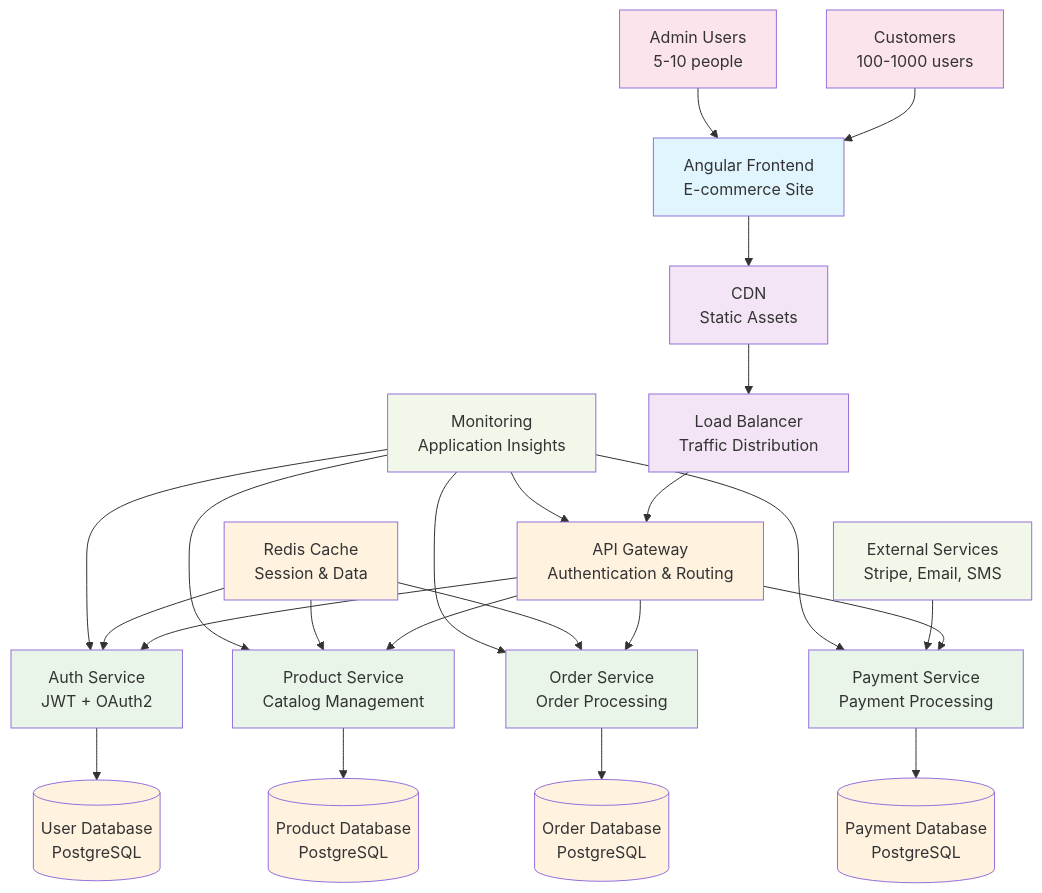
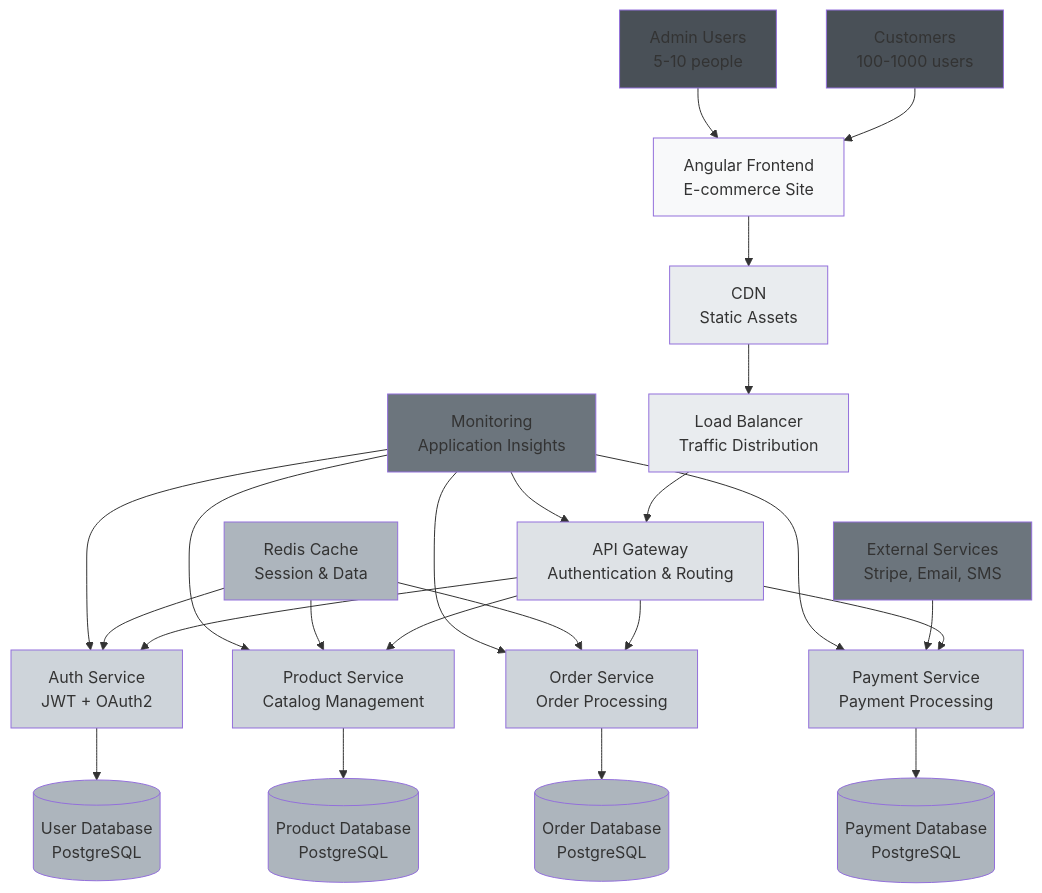
One commit to nayanvithanage/code_20-architecture-practice changed the third of 5 diagrams in architecture-by-size-examples.md. Above: the diagram before and after it, drawn with Mermaid. The commit also changed other lines of this file, not shown here.

Commit message:
refactor: update color styles in architecture-by-size examples for improved readability

````diff
--- a/architecture-by-size-examples.md
+++ b/architecture-by-size-examples.md
@@ -71,49 +71,49 @@
 ```mermaid
 graph TD
     A[Angular Frontend<br/>E-commerce Site] --> B[CDN<br/>Static Assets]
     B --> C[Load Balancer<br/>Traffic Distribution]
     C --> D[API Gateway<br/>Authentication & Routing]
     
     D --> E[Auth Service<br/>JWT + OAuth2]
     D --> F[Product Service<br/>Catalog Management]
     D --> G[Order Service<br/>Order Processing]
     D --> H[Payment Service<br/>Payment Processing]
     
     E --> I[(User Database<br/>PostgreSQL)]
     F --> J[(Product Database<br/>PostgreSQL)]
     G --> K[(Order Database<br/>PostgreSQL)]
     H --> L[(Payment Database<br/>PostgreSQL)]
     
     M[Redis Cache<br/>Session & Data] --> E
     M --> F
     M --> G
     
     N[External Services<br/>Stripe, Email, SMS] --> H
     
     O[Monitoring<br/>Application Insights] --> D
     O --> E
     O --> F
     O --> G
     O --> H
     
     P[Customers<br/>100-1000 users] --> A
     Q[Admin Users<br/>5-10 people] --> A
     
-    style A fill:#e1f5fe
-    style B fill:#f3e5f5
-    style C fill:#f3e5f5
-    style D fill:#fff3e0
-    style E fill:#e8f5e8
-    style F fill:#e8f5e8
-    style G fill:#e8f5e8
-    style H fill:#e8f5e8
-    style I fill:#fff3e0
-    style J fill:#fff3e0
-    style K fill:#fff3e0
-    style L fill:#fff3e0
-    style M fill:#fff3e0
-    style N fill:#f1f8e9
-    style O fill:#f1f8e9
-    style P fill:#fce4ec
-    style Q fill:#fce4ec
+    style A fill:#f8f9fa
+    style B fill:#e9ecef
+    style C fill:#e9ecef
+    style D fill:#dee2e6
+    style E fill:#ced4da
+    style F fill:#ced4da
+    style G fill:#ced4da
+    style H fill:#ced4da
+    style I fill:#adb5bd
+    style J fill:#adb5bd
+    style K fill:#adb5bd
+    style L fill:#adb5bd
+    style M fill:#adb5bd
+    style N fill:#6c757d
+    style O fill:#6c757d
+    style P fill:#495057
+    style Q fill:#495057
 ```
````
